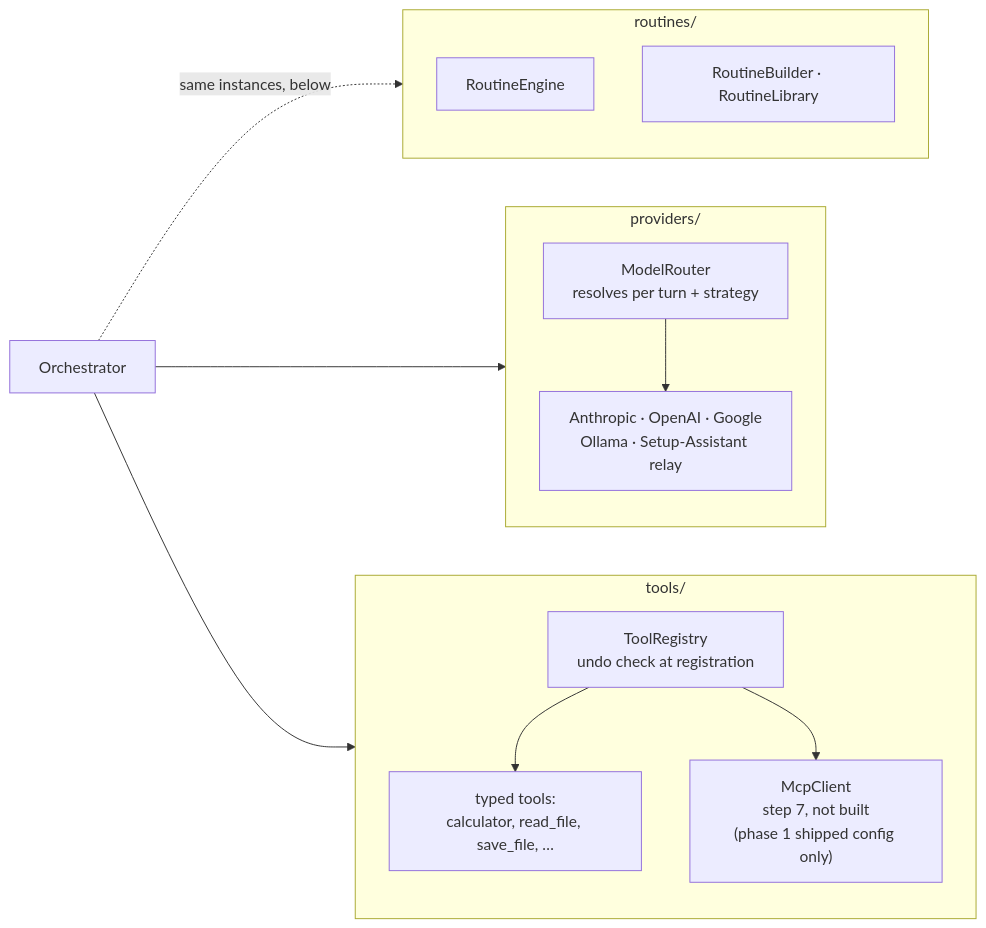
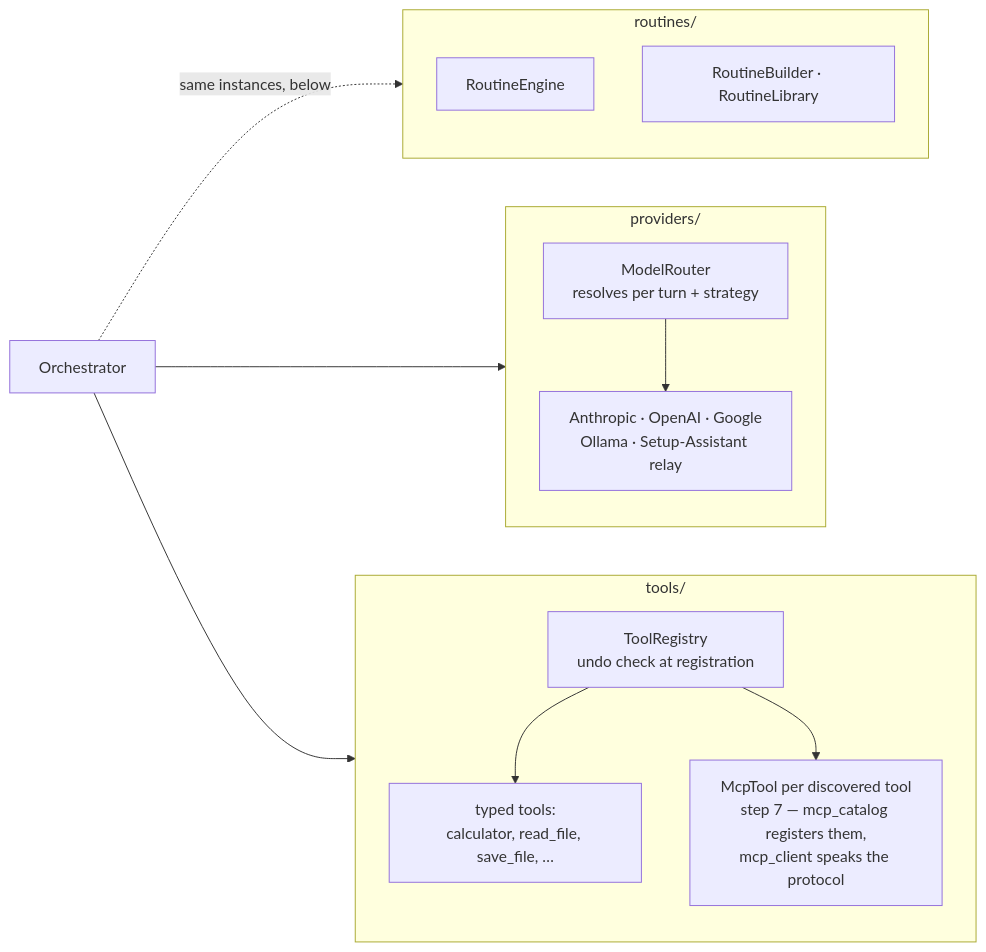
One commit to N041M/Addison changed the third of 4 diagrams in docs/architecture.md. Above: the diagram before and after it, drawn with Mermaid. The commit also changed other lines of this file and 58 other files, not shown here.

````diff
--- a/docs/architecture.md
+++ b/docs/architecture.md
@@ -191,27 +191,27 @@
 ```mermaid
 flowchart LR
     Orch["Orchestrator"]
 
     subgraph tools["tools/"]
         direction TB
         TR["ToolRegistry<br/>undo check at registration"]
         TR --> Tool["typed tools:<br/>calculator, read_file, save_file, …"]
-        TR --> MCP["McpClient<br/>step 7, not built<br/>(phase 1 shipped config only)"]
+        TR --> MCP["McpTool per discovered tool<br/>step 7 — mcp_catalog registers them,<br/>mcp_client speaks the protocol"]
     end
 
     subgraph providers["providers/"]
         direction TB
         MR["ModelRouter<br/>resolves per turn + strategy"]
         MR --> Prov["Anthropic · OpenAI · Google<br/>Ollama · Setup-Assistant relay"]
     end
 
     subgraph routines["routines/"]
         direction TB
         RE["RoutineEngine"]
         RBL["RoutineBuilder · RoutineLibrary"]
     end
 
     Orch --> TR
     Orch --> MR
     Orch -.->|"same instances, below"| RE
 ```
````
